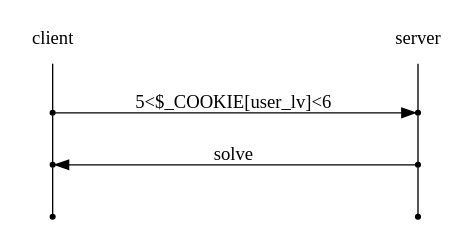
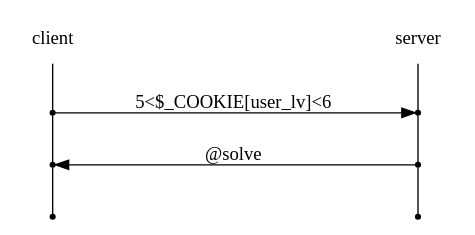
One commit to joizel/ctf_writeup changed the diagram in docs/web/[webhacking] 01.rst. Above: the diagram before and after it, drawn with Graphviz. The commit also changed 15 other files, not shown here.

First line of the commit message:
update graphviz

```diff
--- a/docs/web/[webhacking] 01.rst
+++ b/docs/web/[webhacking] 01.rst
@@ -8,21 +8,21 @@
 .. graphviz::
 
     digraph G {
         rankdir="LR";
         node[shape="point"];
         edge[arrowhead="none"]
 
         {
             rank="same";
             "client"[shape="plaintext"];
             "client" -> step0 -> step2 -> step4;
         }
 
         {
             rank="same";
             "server"[shape="plaintext"];
             "server" -> step1 -> step3 -> step5;
         }
         step0 -> step1[label="5<$_COOKIE[user_lv]<6",arrowhead="normal"];
-        step3 -> step2[label="solve",arrowhead="normal"];
+        step3 -> step2[label="@solve",arrowhead="normal"];
     }
```
